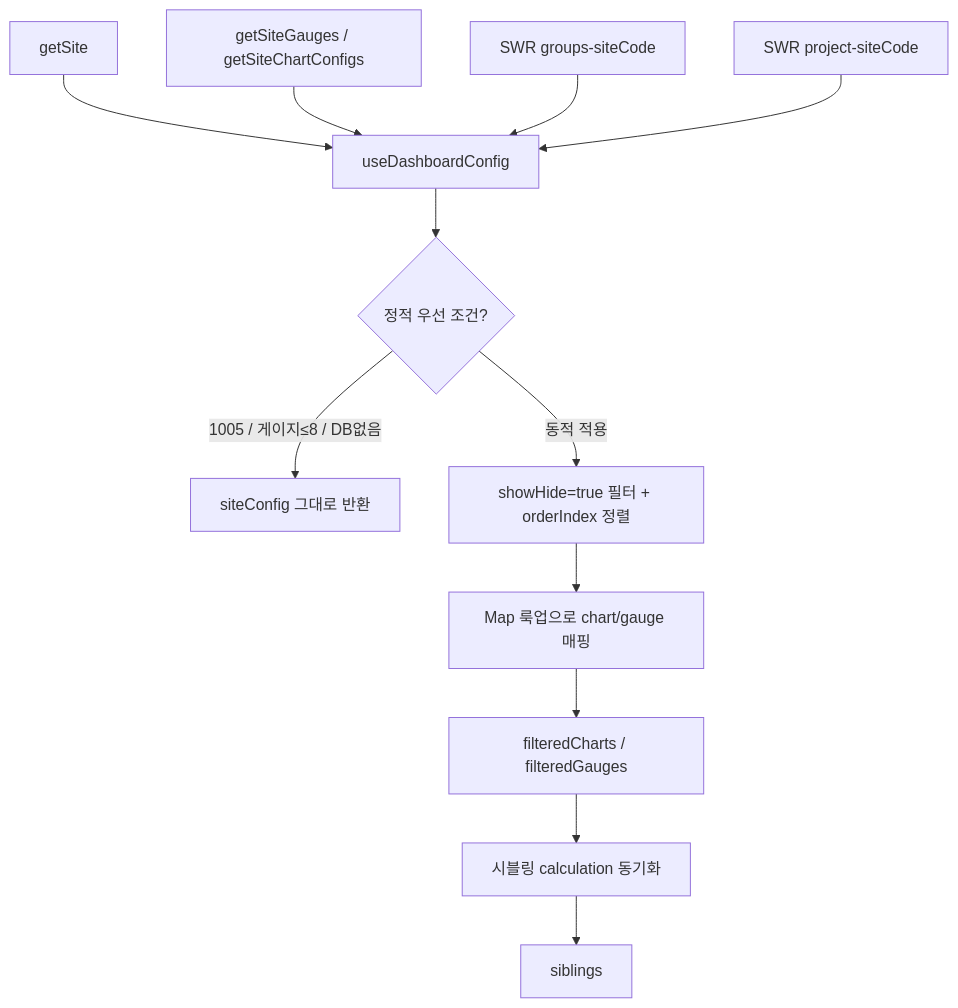
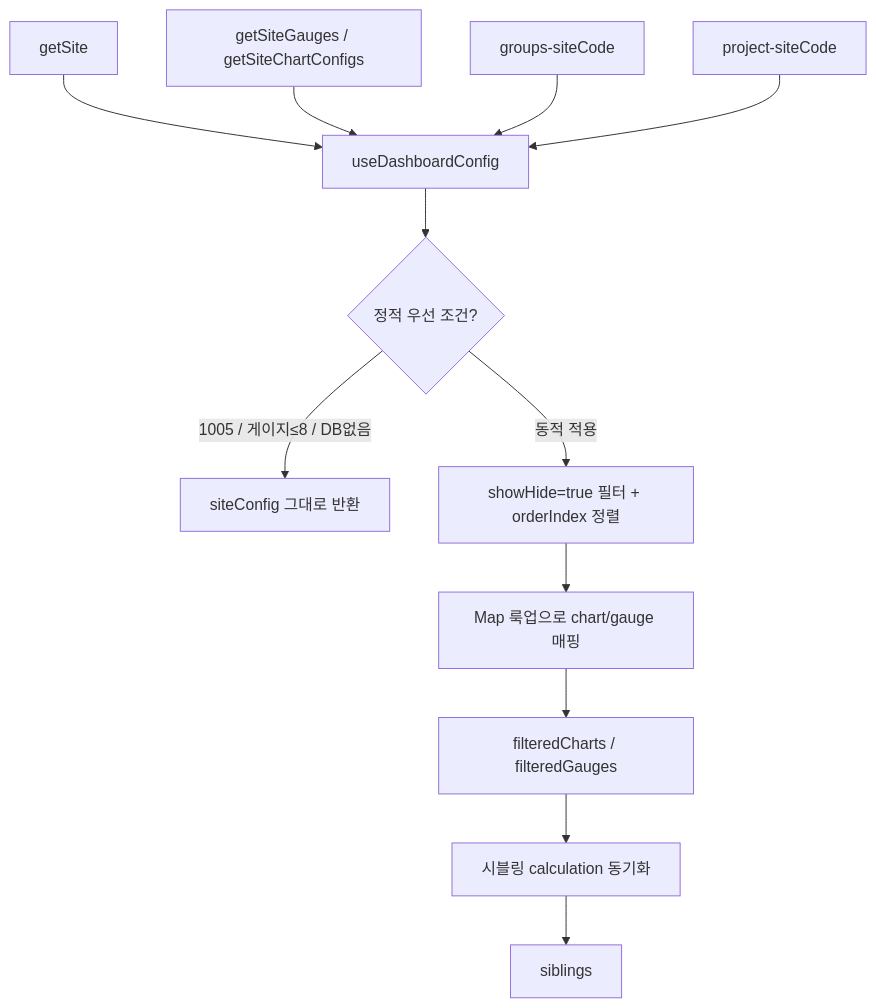
Before and after one commit to inbm-company/geoverse--: the diagram in client/02-사이트-설정과-대시보드-구성.md, drawn with Mermaid. The commit also changed other lines of this file and 1 other file, not shown here.

````diff
--- a/client/02-사이트-설정과-대시보드-구성.md
+++ b/client/02-사이트-설정과-대시보드-구성.md
@@ -22,14 +22,14 @@
 ```mermaid
 flowchart TD
   A[getSite] --> B[useDashboardConfig]
   C[getSiteGauges / getSiteChartConfigs] --> B
-  D[SWR groups-siteCode] --> B
-  E[SWR project-siteCode] --> B
+  D[groups-siteCode] --> B
+  E[project-siteCode] --> B
   B --> F{정적 우선 조건?}
   F -->|1005 / 게이지≤8 / DB없음| G[siteConfig 그대로 반환]
   F -->|동적 적용| H[showHide=true 필터 + orderIndex 정렬]
   H --> I[Map 룩업으로 chart/gauge 매핑]
   I --> J[filteredCharts / filteredGauges]
   J --> K[시블링 calculation 동기화]
   K --> L[siblings]
 ```
````
